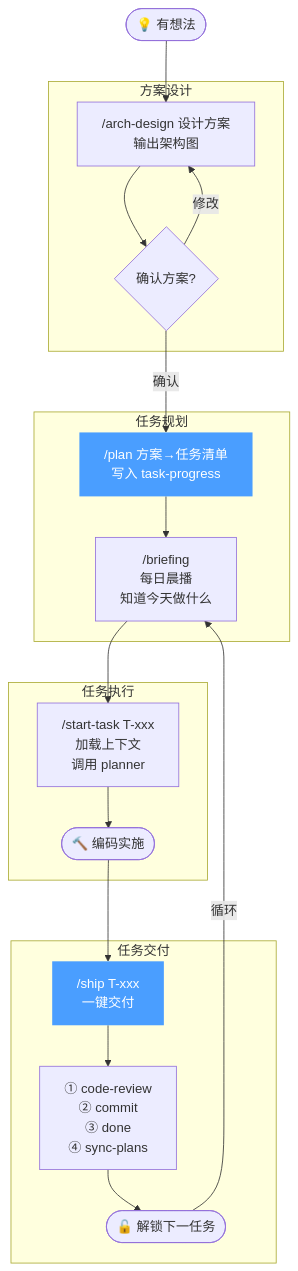
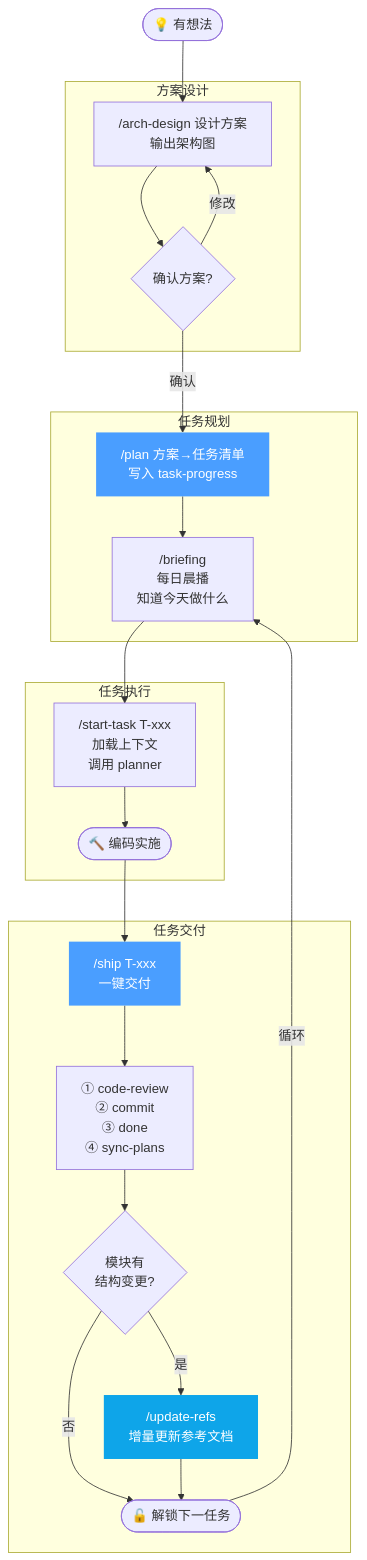
Before and after one commit to Kucell/cortex-agent: the second of 4 diagrams in README.md, drawn with Mermaid. The commit also changed other lines of this file and 2 other files, not shown here.

First line of the commit message:
docs: 将 /scan-project 和 /update-refs 融入接入流程与开发链路

````diff
--- a/README.md
+++ b/README.md
@@ -115,30 +144,34 @@
 ```mermaid
 flowchart
     A([💡 有想法]) --> B
 
     subgraph 方案设计
         B["/arch-design 设计方案 <br>输出架构图"] --> C{确认方案?}
         C -->|修改| B
     end
 
     subgraph 任务规划
         C -->|确认| D["/plan 方案→任务清单 <br>写入 task-progress"]
         D --> E["/briefing <br>每日晨播<br>知道今天做什么"]
     end
 
     subgraph 任务执行
         E --> F["/start-task T-xxx<br>加载上下文<br>调用 planner"]
         F --> G([🔨 编码实施])
     end
 
     subgraph 任务交付
         G --> H["/ship T-xxx <br>一键交付"]
         H --> I["① code-review<br>② commit<br>③ done<br>④ sync-plans"]
-        I --> J([🔓 解锁下一任务])
+        I --> K{模块有<br>结构变更?}
+        K -->|是| L["/update-refs<br>增量更新参考文档"]
+        K -->|否| J
+        L --> J([🔓 解锁下一任务])
     end
 
     J -->|循环| E
 
     style D fill:#4a9eff,color:#fff,stroke:none
     style H fill:#4a9eff,color:#fff,stroke:none
+    style L fill:#0ea5e9,color:#fff,stroke:none
 ```
````
